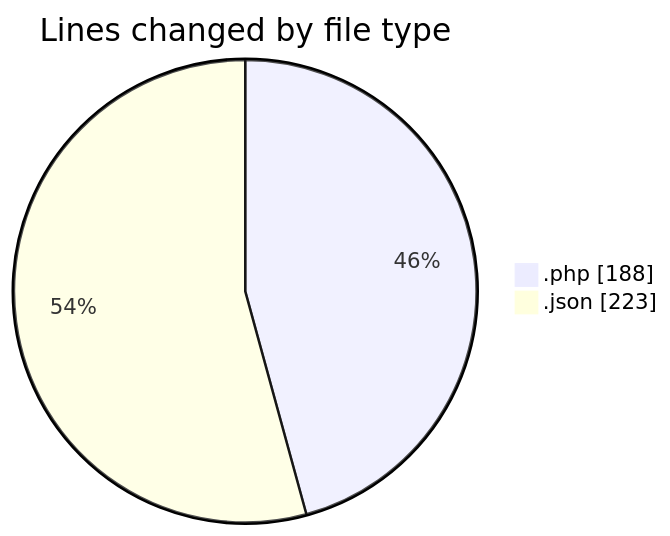
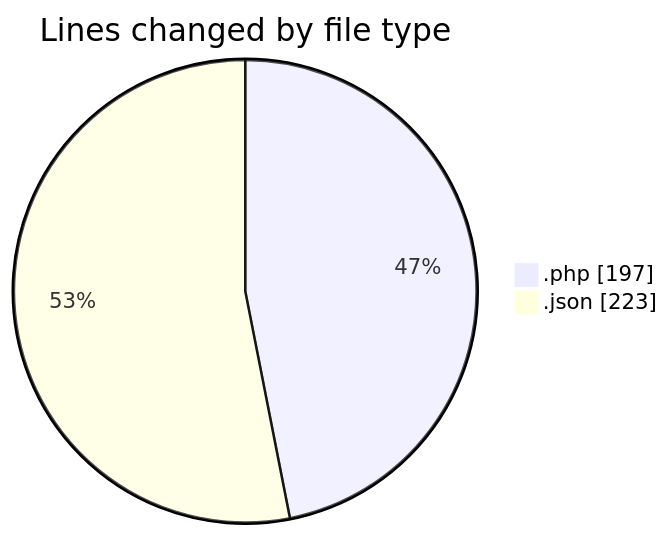
The first of 2 diagrams in 2025-03-27/autodidak/README.md (idhammustaqopulfikri/code-tracking), drawn with Mermaid before and after one commit. The commit also changed other lines of this file and 1 other file, not shown here.

````diff
--- a/2025-03-27/autodidak/README.md
+++ b/2025-03-27/autodidak/README.md
@@ -23,6 +23,6 @@
 ```mermaid
 pie showData
 title Lines changed by file type
-".php" : 188
+".php" : 197
 ".json" : 223
 ```
````
